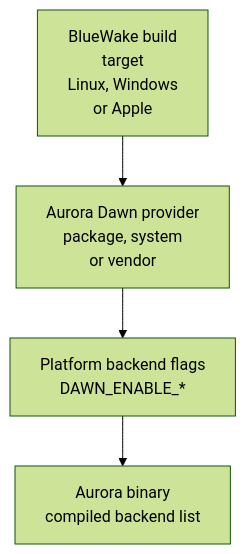
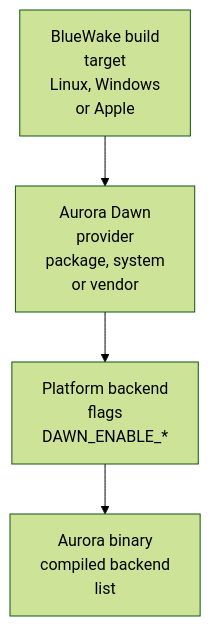
One commit to Aelbannan/boat_of_daphnes changed the second of 11 diagrams in docs/architecture/Graphics.md. Above: the diagram before and after it, drawn with Mermaid (forest theme). The commit also changed other lines of this file, not shown here.

Commit message:
Wrap Graphics labels more tightly

````diff
--- a/docs/architecture/Graphics.md
+++ b/docs/architecture/Graphics.md
@@ -134,9 +134,9 @@
 ```mermaid
 flowchart TD
     Target["BlueWake build<br>target<br>Linux, Windows<br>or Apple"]
-    Provider["Aurora Dawn provider<br>package, system<br>or vendor"]
-    Flags["Platform backend flags<br>DAWN_ENABLE_*"]
-    Aurora["Aurora binary<br>compiled backend list"]
+    Provider["Aurora Dawn<br>provider<br>package, system<br>or vendor"]
+    Flags["Platform backend<br>flags<br>DAWN_ENABLE_*"]
+    Aurora["Aurora binary<br>compiled backend<br>list"]
 
     Target --> Provider --> Flags --> Aurora
 ```
````
